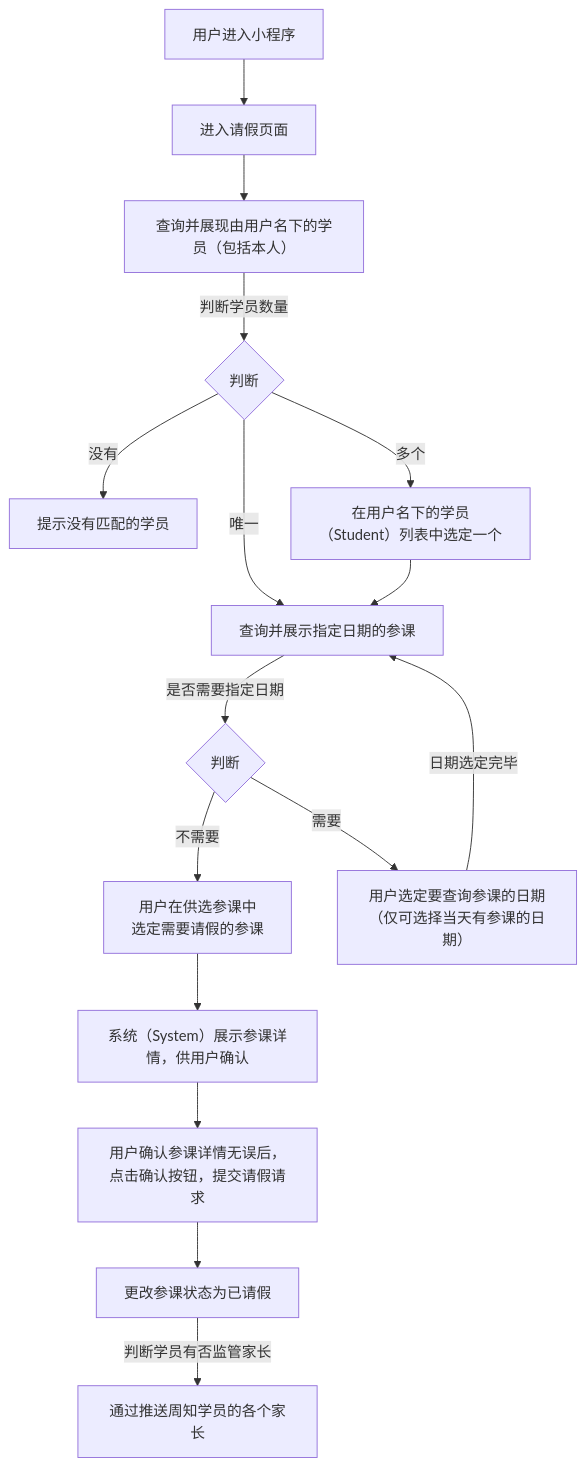
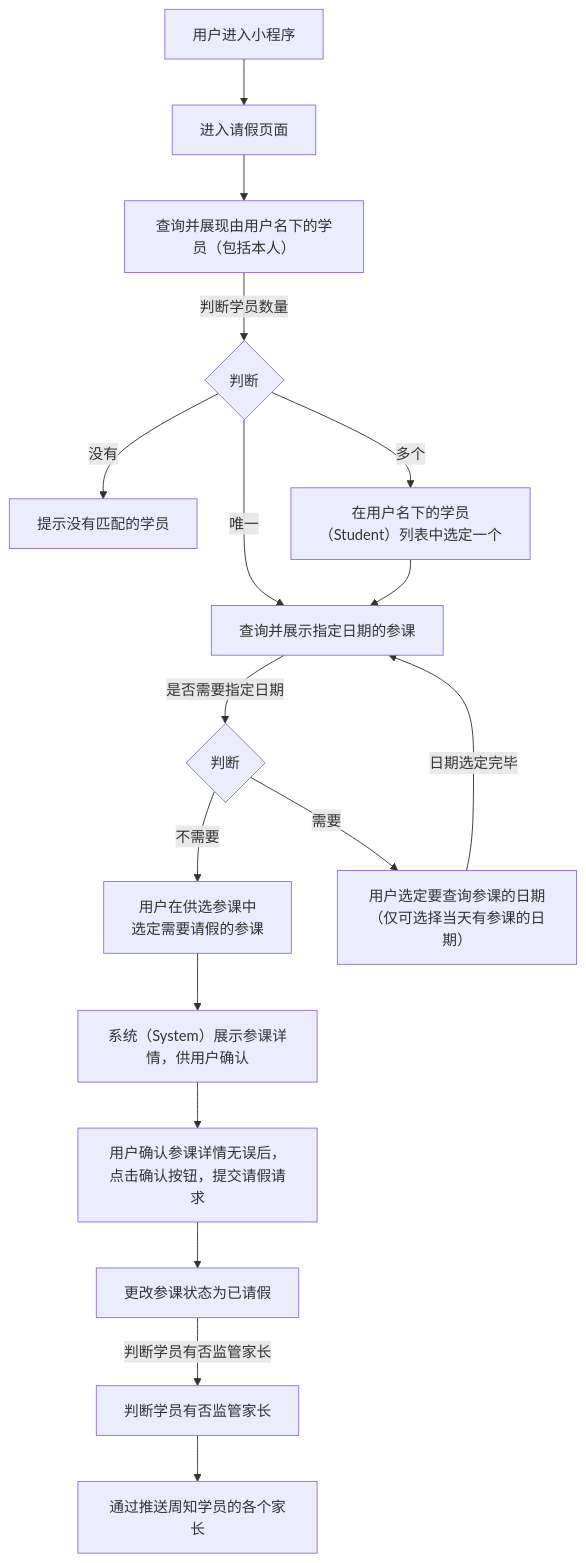
Before and after one commit to world-wide-web/sign: the diagram in 用例/请假.md, drawn with Mermaid. The commit also changed other lines of this file, not shown here.

Commit message:
用例/请假.md updated from https://stackedit.io/

````diff
--- a/用例/请假.md
+++ b/用例/请假.md
@@ -7,52 +7,54 @@
 ```mermaid
 graph TD
 
 进入小程序-->进入请假页面
 
 进入请假页面-->查询并展现由用户名下的学员
 
 查询并展现由用户名下的学员--判断学员数量-->判断学员数量
 
 判断学员数量--没有-->提示没有匹配的学员
 
 判断学员数量--唯一-->查询并展示指定日期的参课
 
 判断学员数量--多个-->选定学员
 
 选定学员-->查询并展示指定日期的参课
 
 查询并展示指定日期的参课--是否需要指定日期-->决定是否需要指定日期
 
 决定是否需要指定日期--不需要-->选定参课
 
 决定是否需要指定日期--需要-->选定日期
 
 选定日期--日期选定完毕-->查询并展示指定日期的参课
 
 选定参课-->展示参课详情
 
 展示参课详情-->提交请假请求
 
 提交请假请求-->更改参课状态为已请假
 
-更改参课状态为已请假--判断学员有否监管家长-->通过推送周知学员的各个家长
+更改参课状态为已请假--判断学员有否监管家长-->判断学员有否监管家长
+
+判断学员有否监管家长-->通过推送周知学员的各个家长
 
 进入小程序["<center>用户进入小程序</center>"]
 
 查询并展现由用户名下的学员["<center>查询并展现由用户名下的学员（包括本人）</center>"]
 
 判断学员数量{"<center>判断</center>"}
 
 选定学员["<center>在用户名下的学员（Student）列表中选定一个</center>"]
 
 决定是否需要指定日期{"<center>判断</center>"}
 
 选定日期["<center>用户选定要查询参课的日期<br>（仅可选择当天有参课的日期）</center>"]
 
 选定参课["<center>用户在供选参课中<br>选定需要请假的参课</center>"]
 
 展示参课详情["<center>系统（System）展示参课详情，供用户确认</center>"]
 
 提交请假请求["<center>用户确认参课详情无误后，点击确认按钮，提交请假请求</center>"]
 
 ```
````
